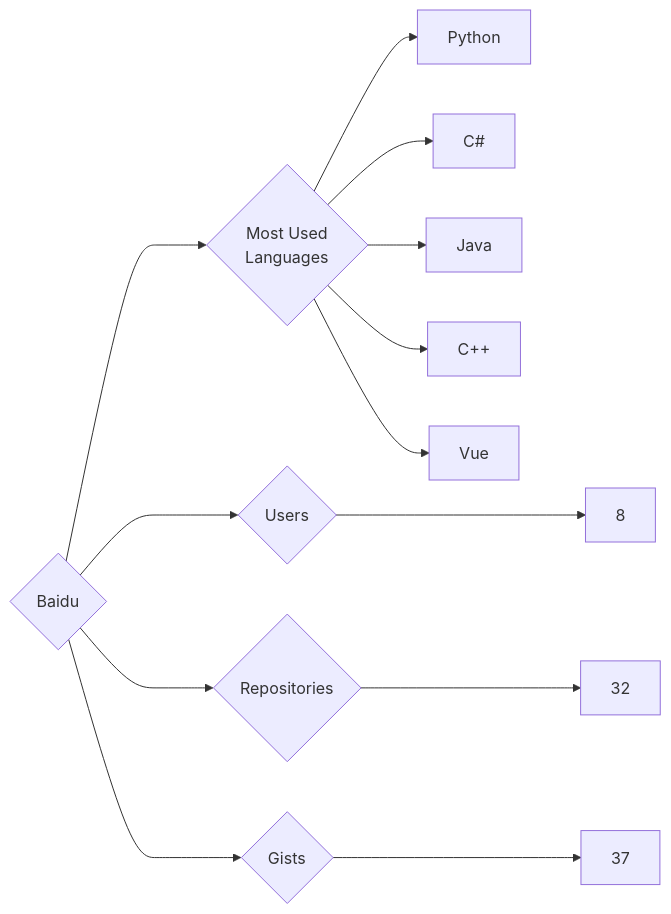
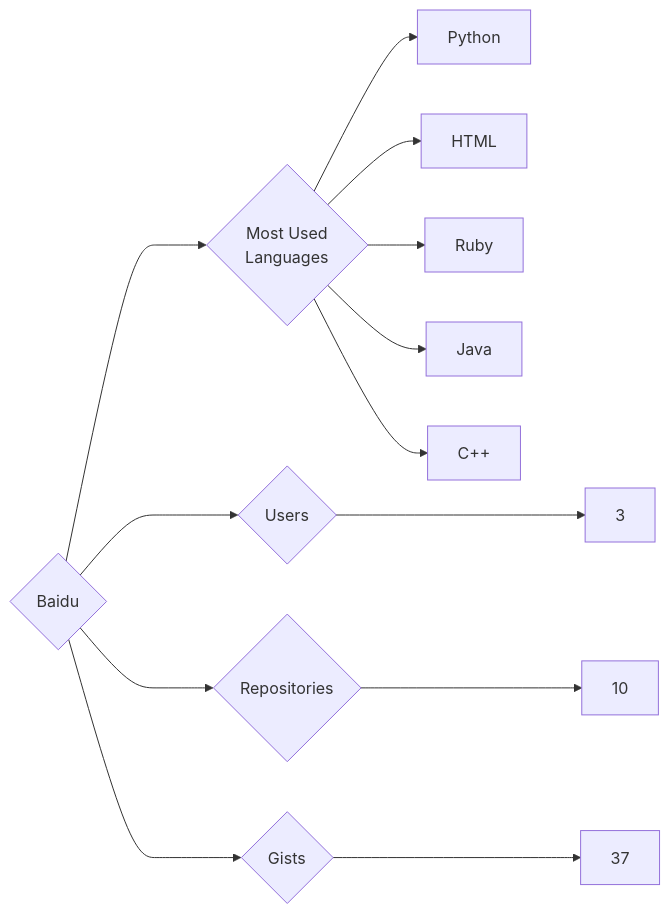
One commit to trickest/insiders changed the diagram in targets/Baidu/README.md. Above: the diagram before and after it, drawn with Mermaid. The commit also changed 865 other files, not shown here.

````diff
--- a/targets/Baidu/README.md
+++ b/targets/Baidu/README.md
@@ -3,13 +3,13 @@
 ```mermaid
 graph LR
 COMPANY_NAME{Baidu}
-COMPANY_NAME ---> U{Users} ---> UN[8]
-COMPANY_NAME ---> R{Repositories} ---> RN[32]
+COMPANY_NAME ---> U{Users} ---> UN[3]
+COMPANY_NAME ---> R{Repositories} ---> RN[10]
 COMPANY_NAME ---> G{Gists} ---> GN[37]
 COMPANY_NAME ---> ML{Most Used<br>Languages}
 ML --> Python[Python]
-ML --> C#[C#]
+ML --> HTML[HTML]
+ML --> Ruby[Ruby]
 ML --> Java[Java]
 ML --> C++[C++]
-ML --> Vue[Vue]
 ```
````
